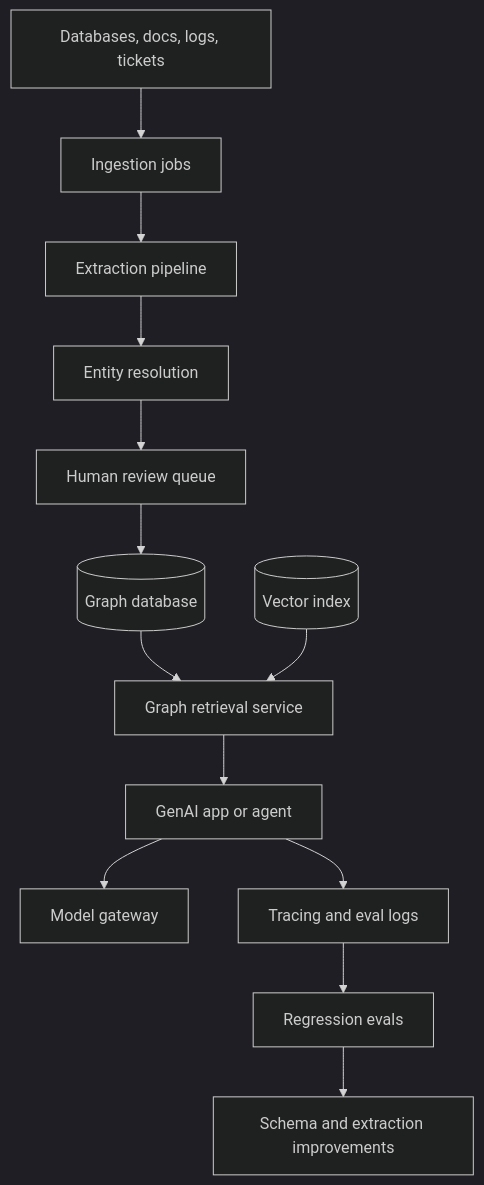
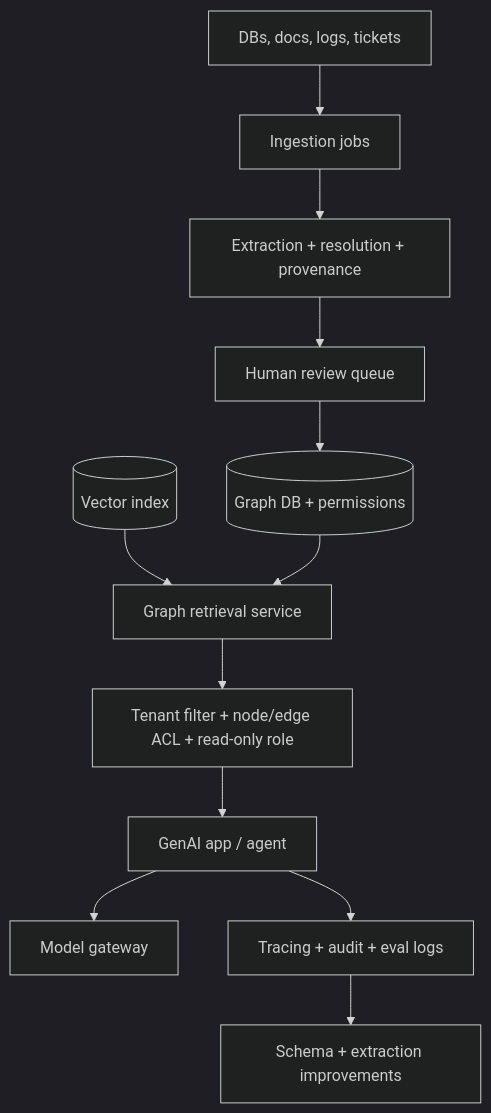
One commit to gptformlandai/Gen-AI changed diagram 20 of 20 in modules/Module 23 - Knowledge Graphs And GraphRAG Systems.md. Above: the diagram before and after it, drawn with Mermaid (dark theme). The commit also changed other lines of this file and 1 other file, not shown here.

````diff
--- a/modules/Module 23 - Knowledge Graphs And GraphRAG Systems.md
+++ b/modules/Module 23 - Knowledge Graphs And GraphRAG Systems.md
@@ -665,15 +4616,14 @@
 ```mermaid
 flowchart TD
-    Sources[Databases, docs, logs, tickets] --> Ingest[Ingestion jobs]
-    Ingest --> Extract[Extraction pipeline]
-    Extract --> Resolve[Entity resolution]
-    Resolve --> Review[Human review queue]
-    Review --> Graph[(Graph database)]
-    Graph --> GraphAPI[Graph retrieval service]
-    Vector[(Vector index)] --> GraphAPI
-    GraphAPI --> App[GenAI app or agent]
-    App --> Gateway[Model gateway]
-    App --> Trace[Tracing and eval logs]
-    Trace --> Eval[Regression evals]
-    Eval --> Improve[Schema and extraction improvements]
+    Sources[DBs, docs, logs, tickets] --> Ingest[Ingestion jobs]
+    Ingest --> Extract[Extraction + resolution + provenance]
+    Extract --> Review[Human review queue]
+    Review --> Graph[(Graph DB + permissions)]
+    Vector[(Vector index)] --> API[Graph retrieval service]
+    Graph --> API
+    API --> ACL[Tenant filter + node/edge ACL + read-only role]
+    ACL --> App[GenAI app / agent]
+    App --> GW[Model gateway]
+    App --> Trace[Tracing + audit + eval logs]
+    Trace --> Improve[Schema + extraction improvements]
 ```
````
